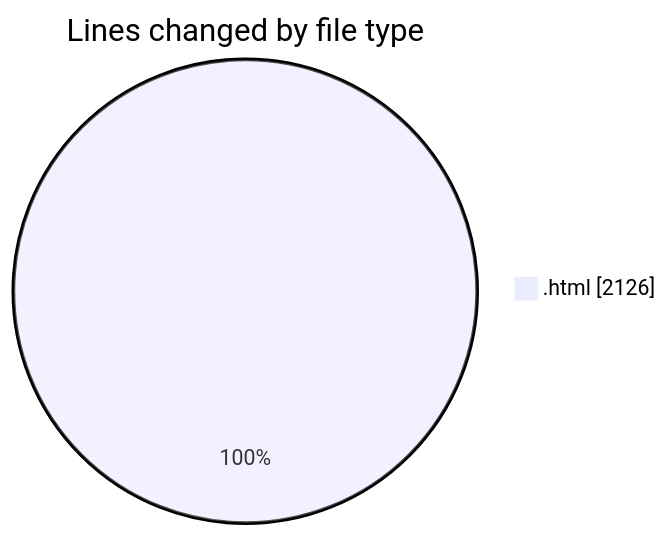
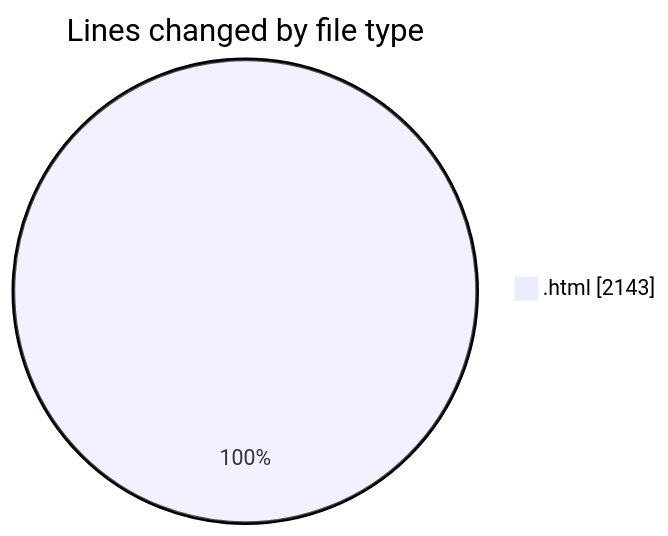
One commit to Ritupan-Deka/code-tracking changed the first of 2 diagrams in 2025-05-21/filetransfer/README.md. Above: the diagram before and after it, drawn with Mermaid. The commit also changed other lines of this file and 1 other file, not shown here.

````diff
--- a/2025-05-21/filetransfer/README.md
+++ b/2025-05-21/filetransfer/README.md
@@ -23,5 +23,5 @@
 ```mermaid
 pie showData
 title Lines changed by file type
-".html" : 2126
+".html" : 2143
 ```
````
